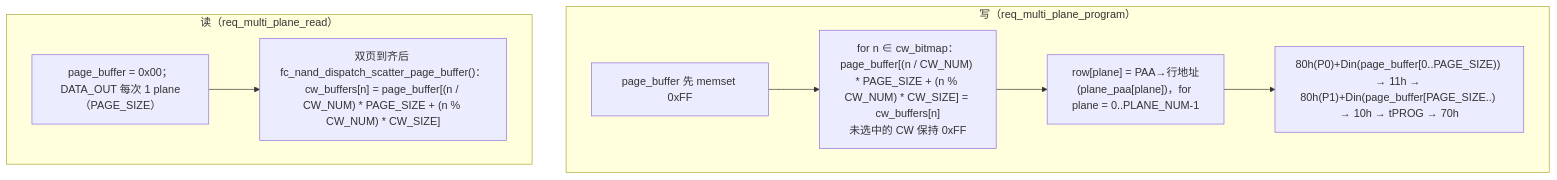
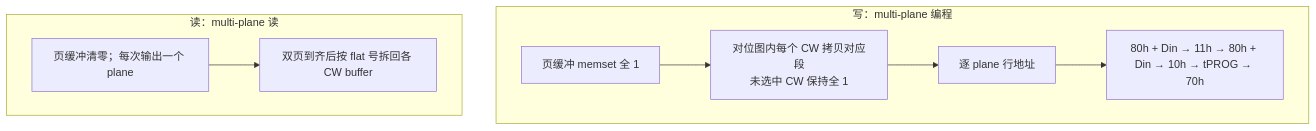
The ninth of 20 diagrams in docs/design/fc_nand_design.md (YzYMIAO/BASESSD), drawn with Mermaid before and after one commit. The commit also changed other lines of this file, not shown here.

First line of the commit message:
docs(fc-nand): 重构设计文档结构并校正与实现漂移

````diff
--- a/docs/design/fc_nand_design.md
+++ b/docs/design/fc_nand_design.md
@@ -1648,16 +1944,15 @@
 ```mermaid
 flowchart TB
-    subgraph "写（req_multi_plane_program）"
-        W0["page_buffer 先 memset 0xFF"]
-        W1["for n ∈ cw_bitmap：page_buffer[(n / CW_NUM) * PAGE_SIZE + (n % CW_NUM) * CW_SIZE] = cw_buffers[n]<br/>未选中的 CW 保持 0xFF"]
-        W2["row[plane] = PAA→行地址(plane_paa[plane])，for plane = 0..PLANE_NUM-1"]
-        W3["80h(P0)+Din(page_buffer[0..PAGE_SIZE)) → 11h → 80h(P1)+Din(page_buffer[PAGE_SIZE..) → 10h → tPROG → 70h"]
+    subgraph "写：multi-plane 编程"
+        W0["页缓冲 memset 全 1"]
+        W1["对位图内每个 CW 拷贝对应段<br/>未选中 CW 保持全 1"]
+        W2["逐 plane 行地址"]
+        W3["80h + Din → 11h → 80h + Din → 10h → tPROG → 70h"]
         W0 --> W1 --> W2 --> W3
     end
-
-    subgraph "读（req_multi_plane_read）"
-        R0["page_buffer = 0x00；DATA_OUT 每次 1 plane（PAGE_SIZE）"]
-        R1["双页到齐后 fc_nand_dispatch_scatter_page_buffer()：<br/>cw_buffers[n] = page_buffer[(n / CW_NUM) * PAGE_SIZE + (n % CW_NUM) * CW_SIZE]"]
+    subgraph "读：multi-plane 读"
+        R0["页缓冲清零；每次输出一个 plane"]
+        R1["双页到齐后按 flat 号拆回各 CW buffer"]
         R0 --> R1
     end
 ```
````
